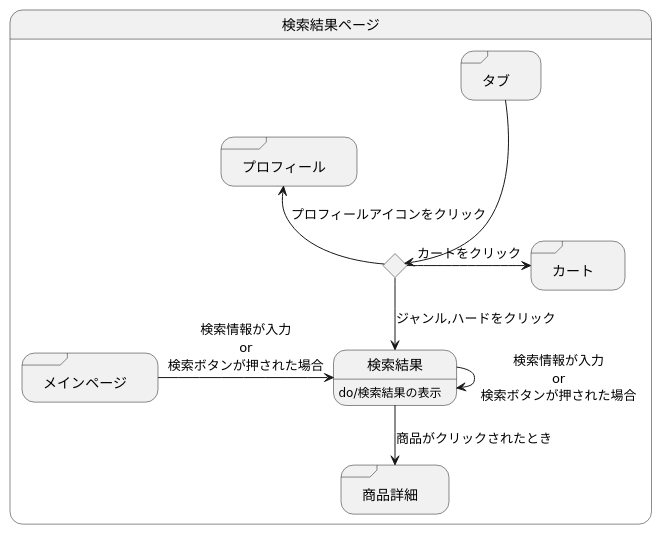
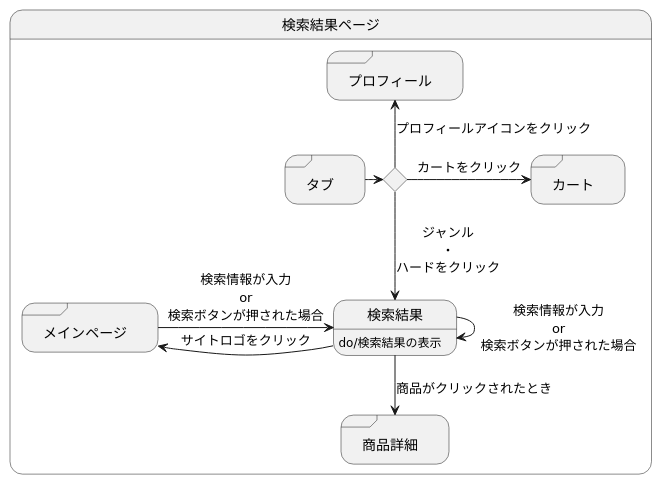
The diagram in 検索結果.md (akutori/T-D-E), drawn with PlantUML before and after one commit.

Commit message:
修正と追記

````diff
--- a/検索結果.md
+++ b/検索結果.md
@@ -1,24 +1,28 @@
 ```uml
 @startuml
 state 検索結果ページ{
 
     state ifinput <<choice>>
     state 検索結果:do/検索結果の表示
     state "商品詳細" as goodsdetail <<sdlreceive>>
     state "メインページ" as mainpage <<sdlreceive>>
     state "タブ" as tab <<sdlreceive>>
     state "カート" as cart <<sdlreceive>>
     state "プロフィール" as profile <<sdlreceive>>
 
     mainpage -> 検索結果 :検索情報が入力\nor\n検索ボタンが押された場合
     検索結果 --> goodsdetail :商品がクリックされたとき
-    tab ---> ifinput 
-    ifinput --> 検索結果 :ジャンル,ハードをクリック
+    検索結果 --> 検索結果 :検索情報が入力\nor\n検索ボタンが押された場合
+    検索結果 -left-> mainpage :サイトロゴをクリック
+
+
+    tab -> ifinput 
+    ifinput --> 検索結果 :ジャンル\n・\nハードをクリック
     ifinput -> cart :カートをクリック
     ifinput -up-> profile :プロフィールアイコンをクリック
-    検索結果 --> 検索結果 :検索情報が入力\nor\n検索ボタンが押された場合
+
 
 }
 
 @enduml
 ```
````
